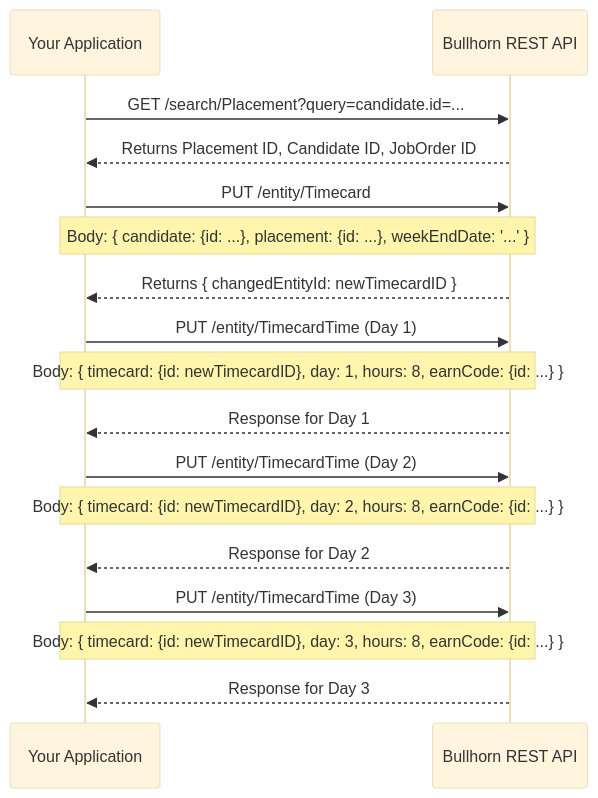
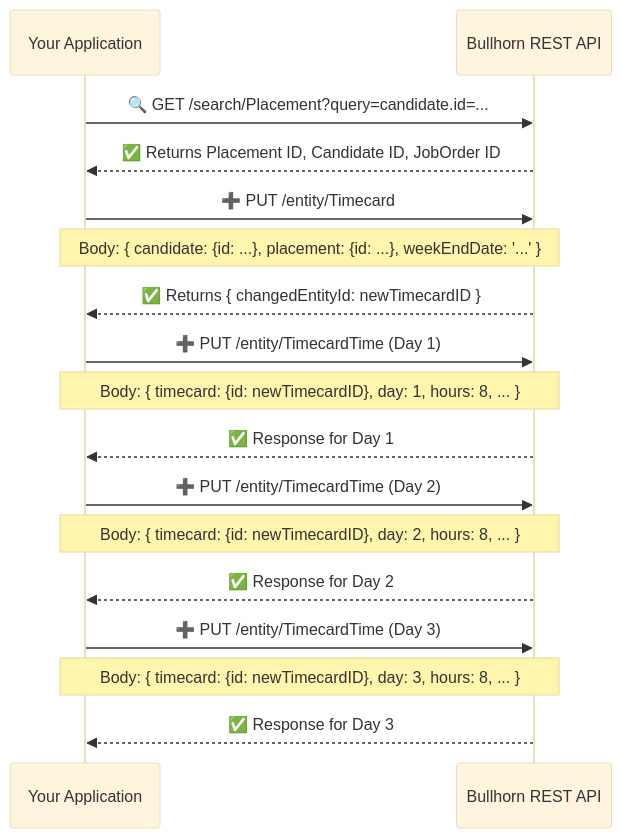
One commit to rcpsolutions-net/markdown-docs changed the diagram in how.md. Above: the diagram before and after it, drawn with Mermaid (base theme). The commit also changed other lines of this file, not shown here.

First line of the commit message:
Enhance Bullhorn API documentation formatting

````diff
--- a/how.md
+++ b/how.md
@@ -223,24 +231,24 @@
 ```mermaid
 sequenceDiagram
     participant YourApp as Your Application
     participant BullhornAPI as Bullhorn REST API
 
-    YourApp->>BullhornAPI: GET /search/Placement?query=candidate.id=...
-    BullhornAPI-->>YourApp: Returns Placement ID, Candidate ID, JobOrder ID
+    YourApp->>BullhornAPI: 🔍 GET /search/Placement?query=candidate.id=...
+    BullhornAPI-->>YourApp: ✅ Returns Placement ID, Candidate ID, JobOrder ID
 
-    YourApp->>BullhornAPI: PUT /entity/Timecard
+    YourApp->>BullhornAPI: ➕ PUT /entity/Timecard
     Note over YourApp,BullhornAPI: Body: { candidate: {id: ...}, placement: {id: ...}, weekEndDate: '...' }
-    BullhornAPI-->>YourApp: Returns { changedEntityId: newTimecardID }
+    BullhornAPI-->>YourApp: ✅ Returns { changedEntityId: newTimecardID }
 
-    YourApp->>BullhornAPI: PUT /entity/TimecardTime (Day 1)
-    Note over YourApp,BullhornAPI: Body: { timecard: {id: newTimecardID}, day: 1, hours: 8, earnCode: {id: ...} }
-    BullhornAPI-->>YourApp: Response for Day 1
+    YourApp->>BullhornAPI: ➕ PUT /entity/TimecardTime (Day 1)
+    Note over YourApp,BullhornAPI: Body: { timecard: {id: newTimecardID}, day: 1, hours: 8, ... }
+    BullhornAPI-->>YourApp: ✅ Response for Day 1
 
-    YourApp->>BullhornAPI: PUT /entity/TimecardTime (Day 2)
-    Note over YourApp,BullhornAPI: Body: { timecard: {id: newTimecardID}, day: 2, hours: 8, earnCode: {id: ...} }
-    BullhornAPI-->>YourApp: Response for Day 2
+    YourApp->>BullhornAPI: ➕ PUT /entity/TimecardTime (Day 2)
+    Note over YourApp,BullhornAPI: Body: { timecard: {id: newTimecardID}, day: 2, hours: 8, ... }
+    BullhornAPI-->>YourApp: ✅ Response for Day 2
 
-    YourApp->>BullhornAPI: PUT /entity/TimecardTime (Day 3)
-    Note over YourApp,BullhornAPI: Body: { timecard: {id: newTimecardID}, day: 3, hours: 8, earnCode: {id: ...} }
-    BullhornAPI-->>YourApp: Response for Day 3
+    YourApp->>BullhornAPI: ➕ PUT /entity/TimecardTime (Day 3)
+    Note over YourApp,BullhornAPI: Body: { timecard: {id: newTimecardID}, day: 3, hours: 8, ... }
+    BullhornAPI-->>YourApp: ✅ Response for Day 3
 ```
````
